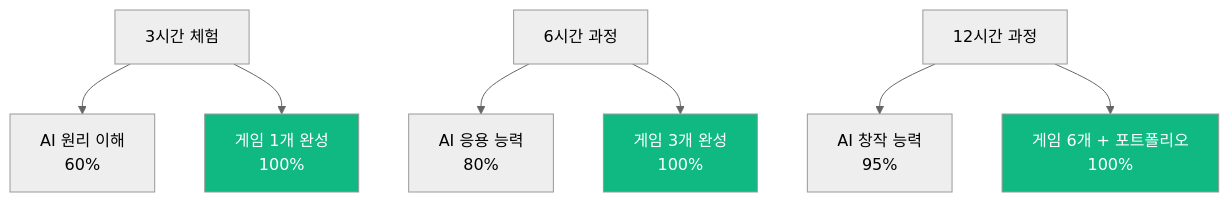
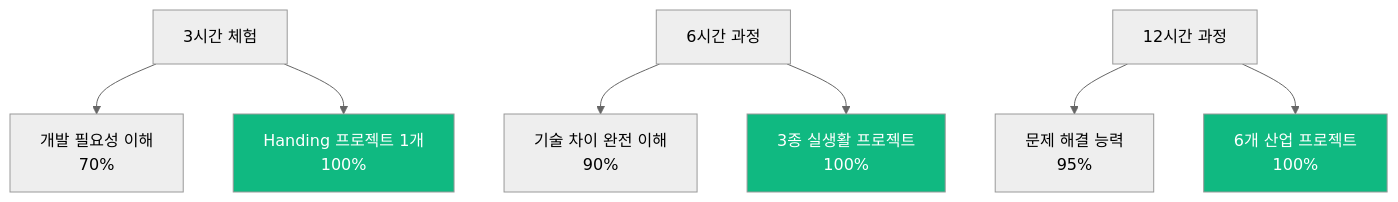
One commit to Collegenie-X/AIMakerLab_Web changed diagram 13 of 14 in documents/CURRICULUM/맛보기_블록코딩_AI비전.md. Above: the diagram before and after it, drawn with Mermaid (neutral theme). The commit also changed other lines of this file and 3 other files, not shown here.

````diff
--- a/documents/CURRICULUM/맛보기_블록코딩_AI비전.md
+++ b/documents/CURRICULUM/맛보기_블록코딩_AI비전.md
@@ -477,15 +756,15 @@
 ```mermaid
 graph TB
-    A[3시간 체험] --> B[AI 원리 이해<br/>60%]
-    A --> C[게임 1개 완성<br/>100%]
+    A[3시간 체험] --> B[개발 필요성 이해<br/>70%]
+    A --> C[Handing 프로젝트 1개<br/>100%]
     
-    D[6시간 과정] --> E[AI 응용 능력<br/>80%]
-    D --> F[게임 3개 완성<br/>100%]
+    D[6시간 과정] --> E[기술 차이 완전 이해<br/>90%]
+    D --> F[3종 실생활 프로젝트<br/>100%]
     
-    G[12시간 과정] --> H[AI 창작 능력<br/>95%]
-    G --> I[게임 6개 + 포트폴리오<br/>100%]
+    G[12시간 과정] --> H[문제 해결 능력<br/>95%]
+    G --> I[6개 산업 프로젝트<br/>100%]
     
     style C fill:#10b981,color:#fff
     style F fill:#10b981,color:#fff
     style I fill:#10b981,color:#fff
 ```
````
